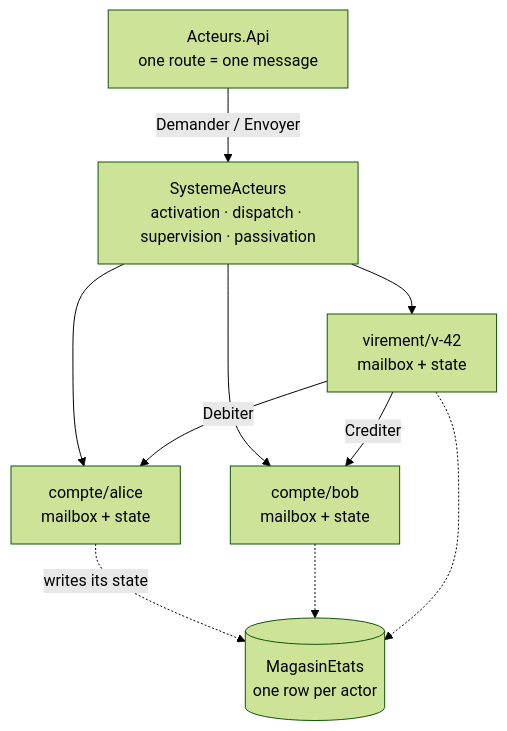
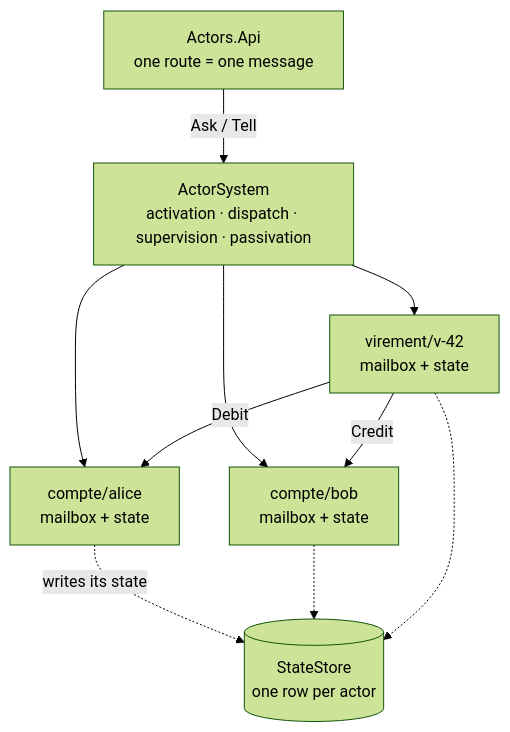
The second of 4 diagrams in Docs/en/18-modele-acteurs.md (drangoht/ArchitecturesDemo), drawn with Mermaid (forest theme) before and after one commit. The commit also changed other lines of this file and 78 other files, not shown here.

First line of the commit message:
Docs EN : identifiants, liens, diagrammes et sorties alignés sur le code anglais

````diff
--- a/Docs/en/18-modele-acteurs.md
+++ b/Docs/en/18-modele-acteurs.md
@@ -60,12 +59,12 @@
 ```mermaid
 flowchart TB
-    API["Acteurs.Api<br/>one route = one message"] -->|"Demander / Envoyer"| SYS["SystemeActeurs<br/>activation · dispatch · supervision · passivation"]
+    API["Actors.Api<br/>one route = one message"] -->|"Ask / Tell"| SYS["ActorSystem<br/>activation · dispatch · supervision · passivation"]
     SYS --> C1["compte/alice<br/>mailbox + state"]
     SYS --> C2["compte/bob<br/>mailbox + state"]
     SYS --> V1["virement/v-42<br/>mailbox + state"]
-    V1 -->|"Debiter"| C1
-    V1 -->|"Crediter"| C2
-    C1 -.->|"writes its state"| ST[("MagasinEtats<br/>one row per actor")]
+    V1 -->|"Debit"| C1
+    V1 -->|"Credit"| C2
+    C1 -.->|"writes its state"| ST[("StateStore<br/>one row per actor")]
     C2 -.-> ST
     V1 -.-> ST
 ```
````
